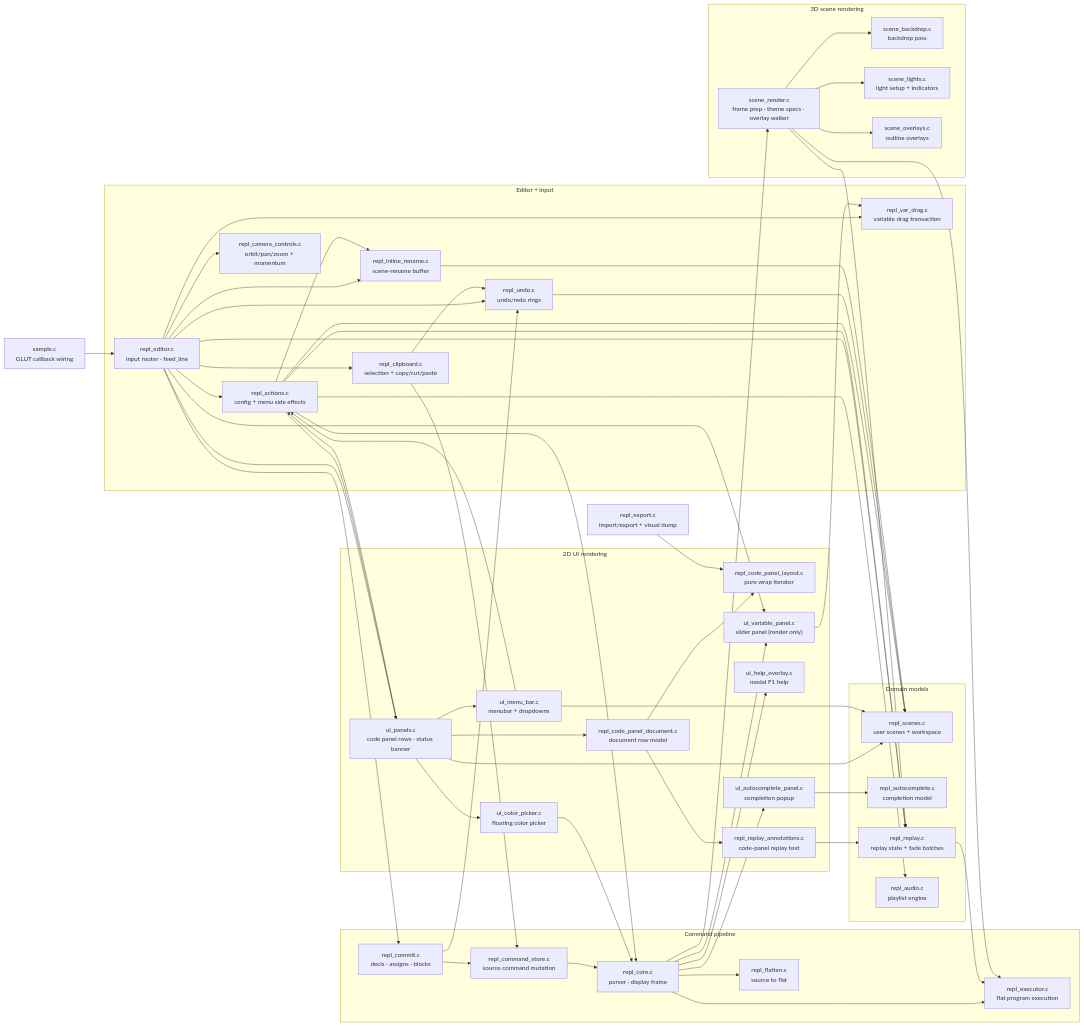
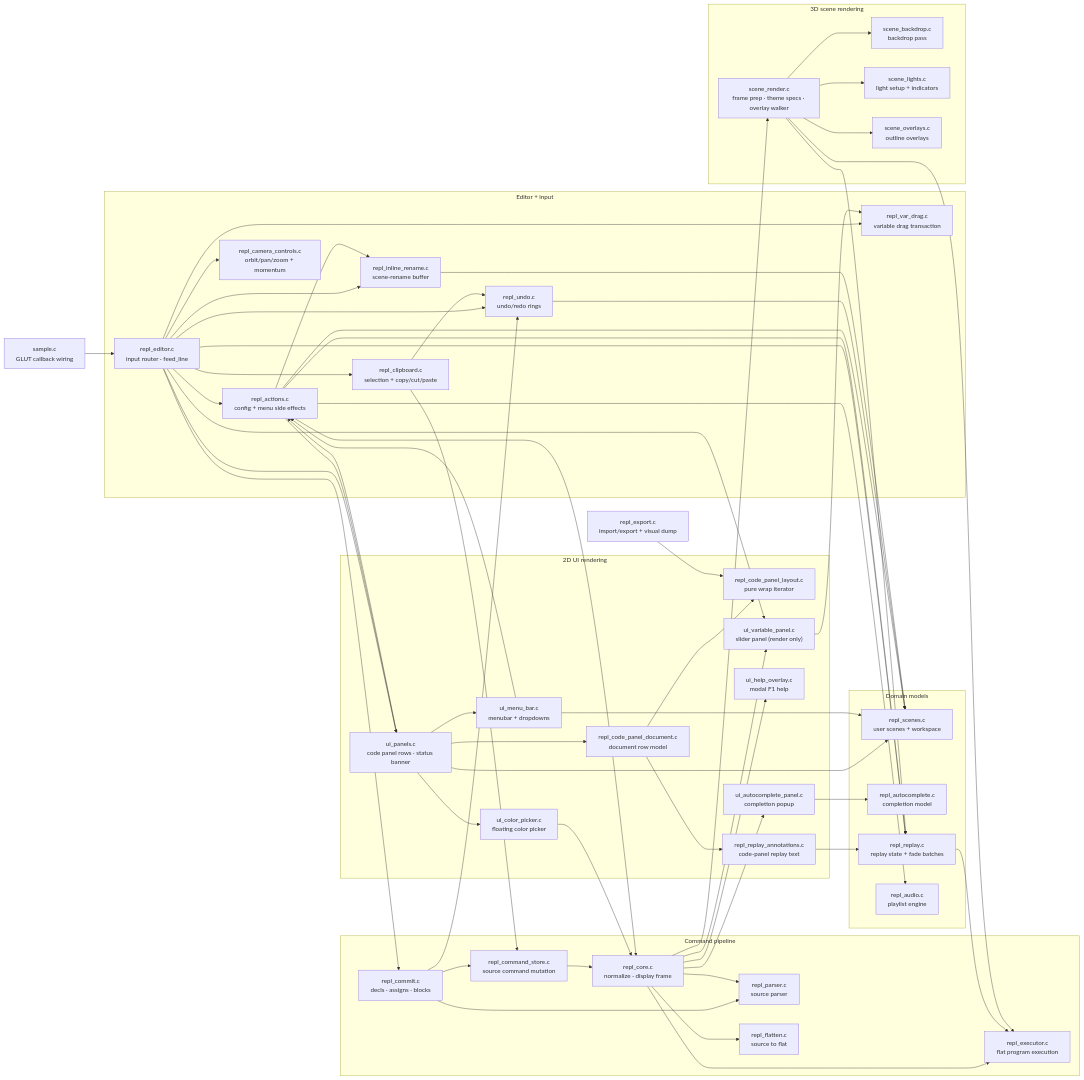
One commit to drewwoods/gl-repl changed the diagram in MODULES.md. Above: the diagram before and after it, drawn with Mermaid. The commit also changed other lines of this file and 10 other files, not shown here.

First line of the commit message:
refactor: extract repl parser

```diff
--- a/MODULES.md
+++ b/MODULES.md
@@ -113,7 +114,8 @@
     sample["sample.c<br/>GLUT callback wiring"]
 
     subgraph pipeline["Command pipeline"]
-        core["repl_core.c<br/>parser · display frame"]
+        core["repl_core.c<br/>normalize · display frame"]
+        parser["repl_parser.c<br/>source parser"]
         flatten["repl_flatten.c<br/>source to flat"]
         exec["repl_executor.c<br/>flat program execution"]
         commit["repl_commit.c<br/>decls · assigns · blocks"]
@@ -181,10 +183,12 @@
     clipboard --> undo
     clipboard --> store
     commit --> undo
+    commit --> parser
     commit --> store
     undo --> scenes
     store --> core
 
+    core --> parser
     core --> flatten
     core --> exec
     core --> sceneR
```
